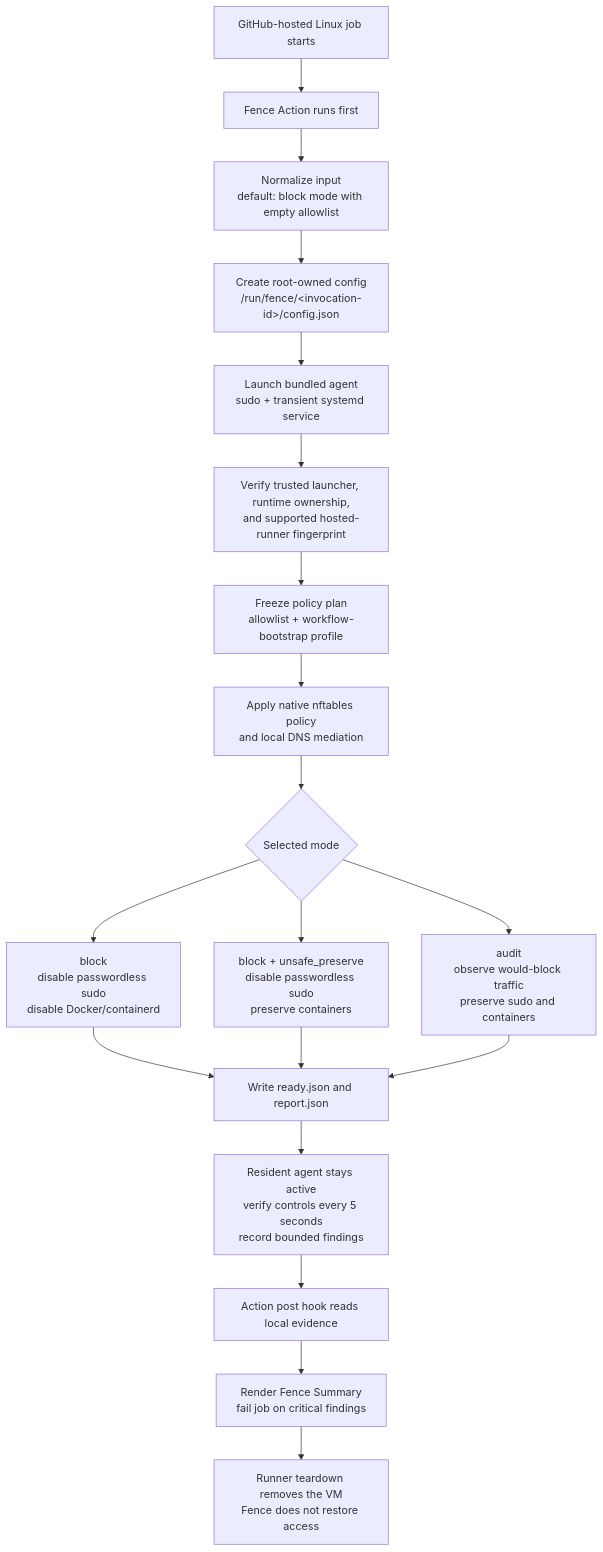
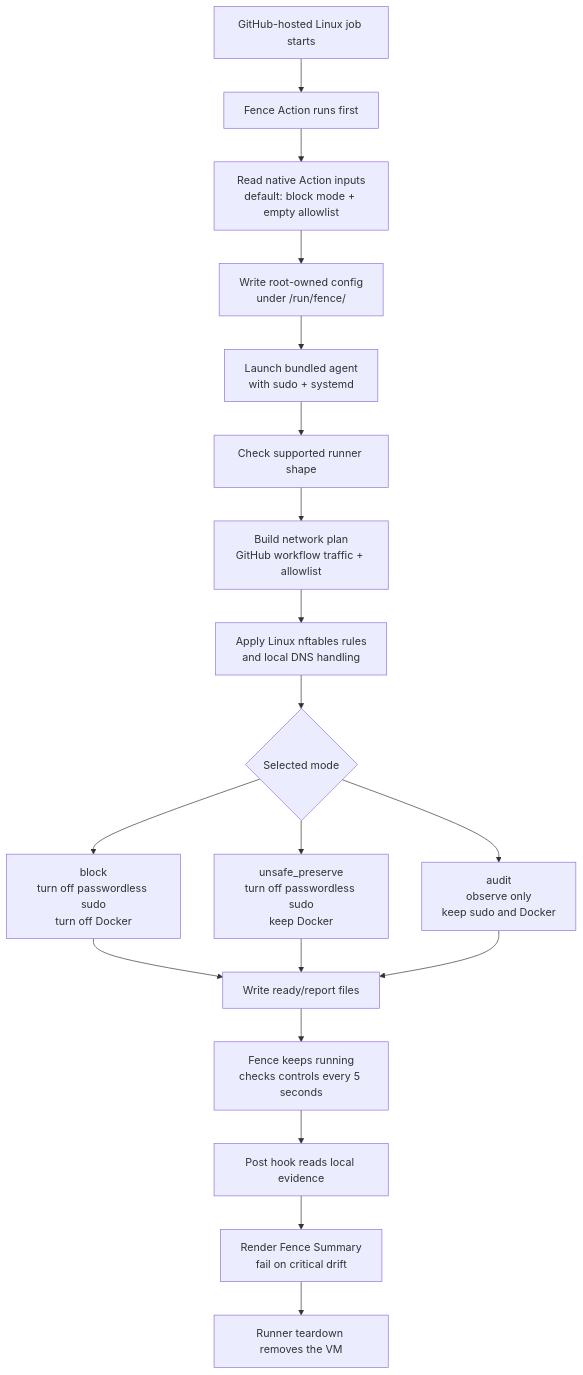
Before and after one commit to openai/fence: the diagram in README.md, drawn with Mermaid. The commit also changed other lines of this file and 8 other files, not shown here.

Commit message:
Add native Action inputs and simplify README

````diff
--- a/README.md
+++ b/README.md
@@ -79,25 +133,25 @@
 ```mermaid
 flowchart TD
     start["GitHub-hosted Linux job starts"] --> action["Fence Action runs first"]
-    action --> input["Normalize input<br/>default: block mode with empty allowlist"]
-    input --> config["Create root-owned config<br/>/run/fence/&lt;invocation-id&gt;/config.json"]
-    config --> launch["Launch bundled agent<br/>sudo + transient systemd service"]
+    action --> input["Read native Action inputs<br/>default: block mode + empty allowlist"]
+    input --> config["Write root-owned config<br/>under /run/fence/"]
+    config --> launch["Launch bundled agent<br/>with sudo + systemd"]
 
-    launch --> trust["Verify trusted launcher, runtime ownership,<br/>and supported hosted-runner fingerprint"]
-    trust --> plan["Freeze policy plan<br/>allowlist + workflow-bootstrap profile"]
-    plan --> network["Apply native nftables policy<br/>and local DNS mediation"]
+    launch --> support["Check supported runner shape"]
+    support --> plan["Build network plan<br/>GitHub workflow traffic + allowlist"]
+    plan --> network["Apply Linux nftables rules<br/>and local DNS handling"]
 
     network --> mode{"Selected mode"}
-    mode --> block["block<br/>disable passwordless sudo<br/>disable Docker/containerd"]
-    mode --> degraded["block + unsafe_preserve<br/>disable passwordless sudo<br/>preserve containers"]
-    mode --> audit["audit<br/>observe would-block traffic<br/>preserve sudo and containers"]
+    mode --> block["block<br/>turn off passwordless sudo<br/>turn off Docker"]
+    mode --> degraded["unsafe_preserve<br/>turn off passwordless sudo<br/>keep Docker"]
+    mode --> audit["audit<br/>observe only<br/>keep sudo and Docker"]
 
-    block --> ready["Write ready.json and report.json"]
+    block --> ready["Write ready/report files"]
     degraded --> ready
     audit --> ready
 
-    ready --> resident["Resident agent stays active<br/>verify controls every 5 seconds<br/>record bounded findings"]
-    resident --> post["Action post hook reads local evidence"]
-    post --> summary["Render Fence Summary<br/>fail job on critical findings"]
-    summary --> teardown["Runner teardown removes the VM<br/>Fence does not restore access"]
+    ready --> resident["Fence keeps running<br/>checks controls every 5 seconds"]
+    resident --> post["Post hook reads local evidence"]
+    post --> summary["Render Fence Summary<br/>fail on critical drift"]
+    summary --> teardown["Runner teardown removes the VM"]
 ```
````
